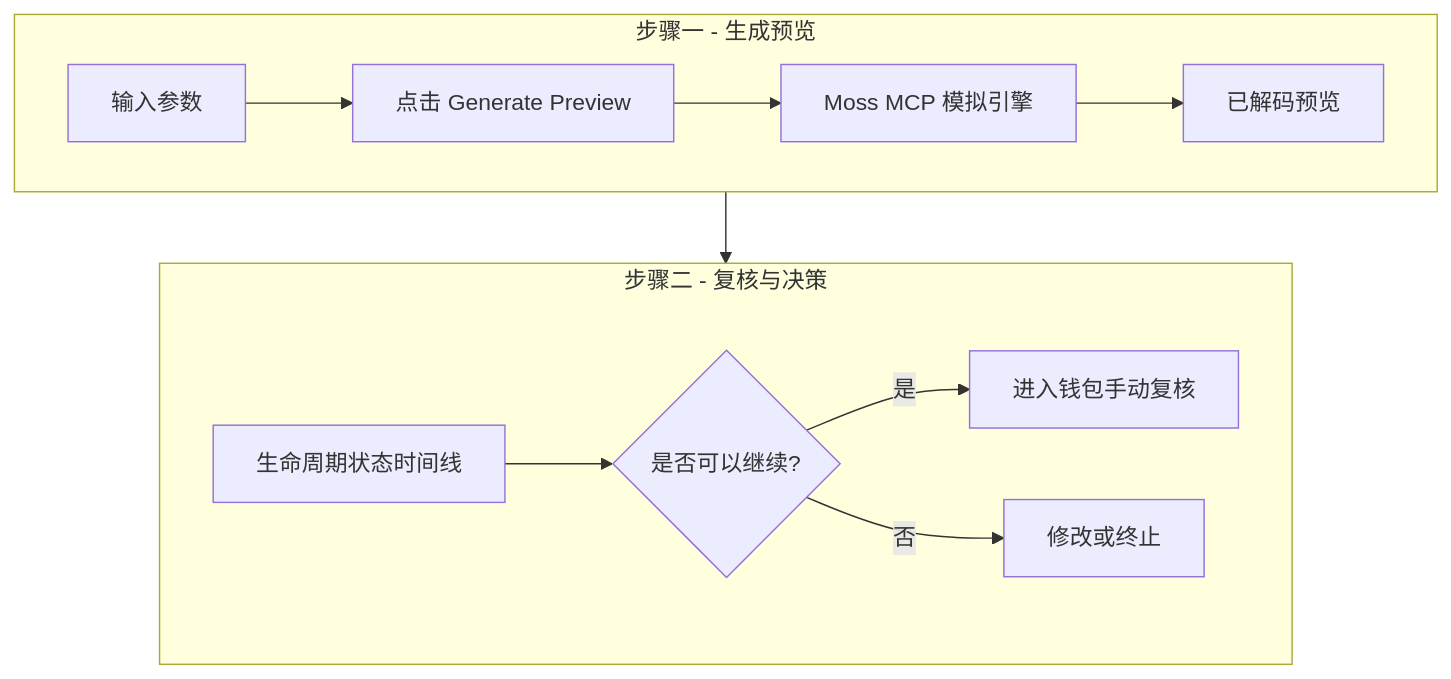
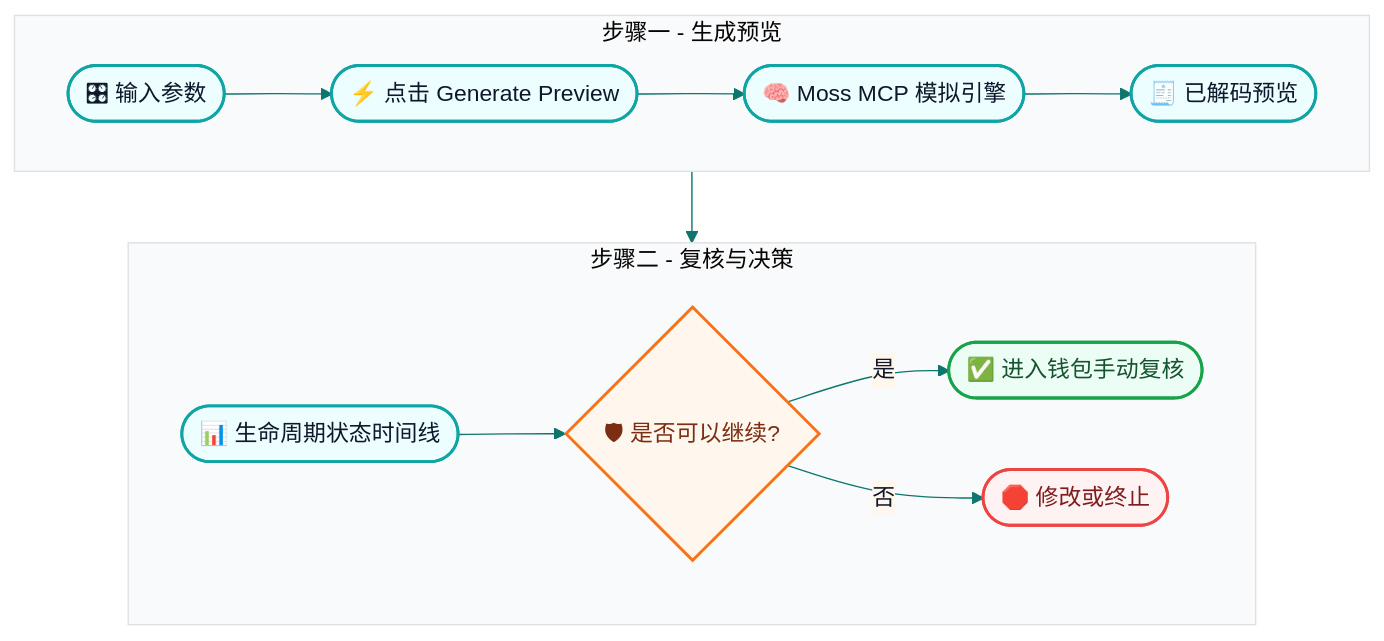
The fifth of 8 diagrams in README.md (sunshineluyao/Moss-Mcp-Transaction), drawn with Mermaid before and after one commit. The commit also changed other lines of this file, not shown here.

Commit message:
docs: apply cohesive visual theme to all mermaid diagrams

````diff
--- a/README.md
+++ b/README.md
@@ -387,18 +493,29 @@
 ```mermaid
+%%{init: {'theme':'base','themeVariables': {'fontFamily':'Trebuchet MS, Segoe UI, sans-serif','primaryColor':'#ecfeff','primaryBorderColor':'#0ea5a4','primaryTextColor':'#0f172a','lineColor':'#0f766e','secondaryColor':'#fff7ed','tertiaryColor':'#f8fafc'}}}%%
 flowchart TB
   subgraph R1[步骤一 - 生成预览]
     direction LR
-    A[输入参数] --> B[点击 Generate Preview]
-    B --> C[Moss MCP 模拟引擎]
-    C --> D[已解码预览]
+    A([🎛 输入参数]) --> B([⚡ 点击 Generate Preview])
+    B --> C([🧠 Moss MCP 模拟引擎])
+    C --> D([🧾 已解码预览])
   end
 
   subgraph R2[步骤二 - 复核与决策]
     direction LR
-    E[生命周期状态时间线] --> F{是否可以继续?}
-    F -->|是| G[进入钱包手动复核]
-    F -->|否| H[修改或终止]
+    E([📊 生命周期状态时间线]) --> F{🛡 是否可以继续?}
+    F -->|是| G([✅ 进入钱包手动复核])
+    F -->|否| H([🛑 修改或终止])
   end
 
   D --> E
+
+  classDef main fill:#ecfeff,stroke:#0ea5a4,stroke-width:2px,color:#0f172a;
+  classDef decision fill:#fff7ed,stroke:#f97316,stroke-width:2px,color:#7c2d12;
+  classDef success fill:#ecfdf5,stroke:#16a34a,stroke-width:2px,color:#14532d;
+  classDef stop fill:#fef2f2,stroke:#ef4444,stroke-width:2px,color:#7f1d1d;
+
+  class A,B,C,D,E main;
+  class F decision;
+  class G success;
+  class H stop;
 ```
````
